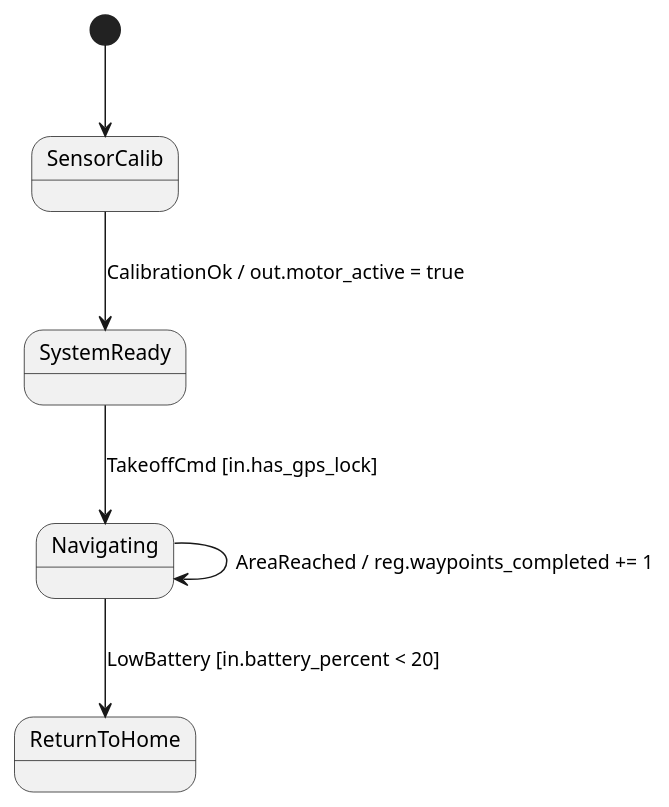
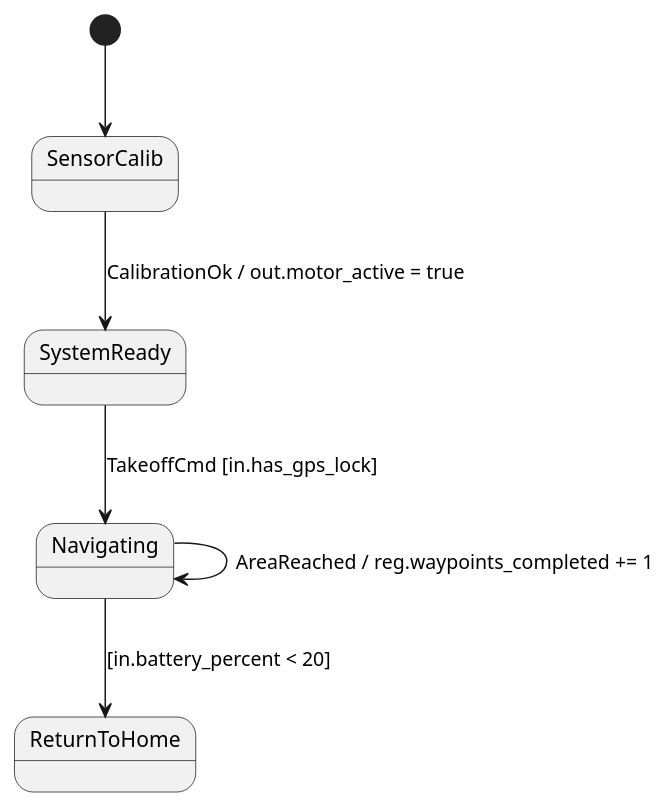
Before and after one commit to simoneCavalleri/fsmc: the second of 3 diagrams in docs/index.md, drawn with PlantUML. The commit also changed other lines of this file and 13 other files, not shown here.

````diff
--- a/docs/index.md
+++ b/docs/index.md
@@ -102,11 +102,11 @@
     ```plantuml
     @startuml
     [*] --> SensorCalib
 
     SensorCalib --> SystemReady : CalibrationOk / out.motor_active = true
     SystemReady --> Navigating : TakeoffCmd [in.has_gps_lock]
     
-    Navigating --> ReturnToHome : LowBattery [in.battery_percent < 20]
+    Navigating --> ReturnToHome : [in.battery_percent < 20]
     Navigating --> Navigating : AreaReached / reg.waypoints_completed += 1
     @enduml
     ```
````
